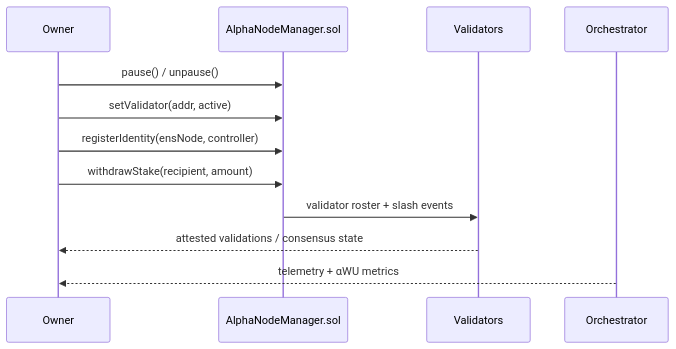
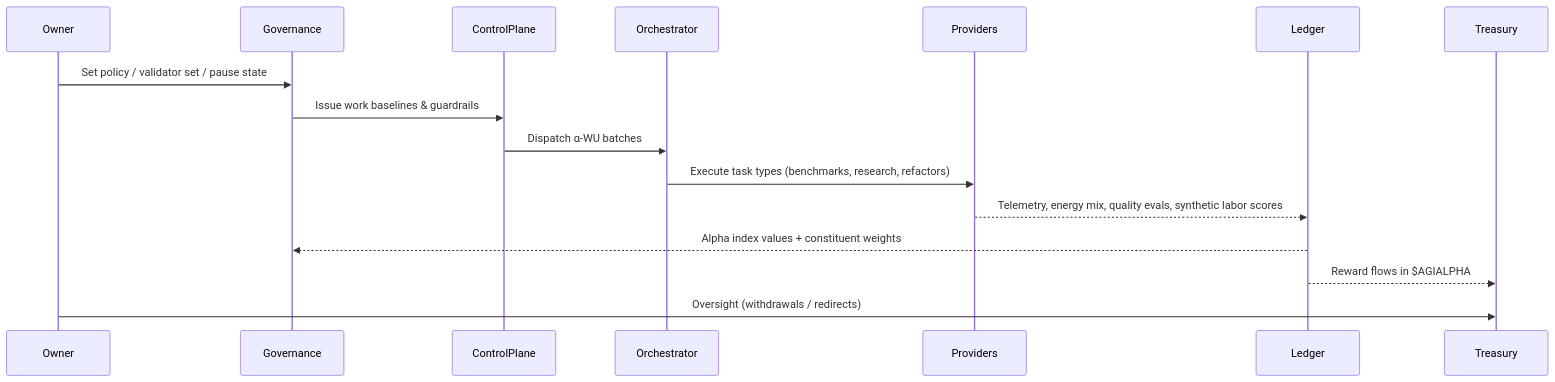
Before and after one commit to MontrealAI/AGI-Alpha-Node-v0: the second of 2 diagrams in README.md, drawn with Mermaid. The commit also changed other lines of this file and 1 other file, not shown here.

Commit message:
Harden tests and refresh AGI Alpha README

````diff
--- a/README.md
+++ b/README.md
@@ -200,15 +52,19 @@
 ```mermaid
 sequenceDiagram
   participant Owner
-  participant AlphaNodeManager.sol
-  participant Validators
+  participant Governance
+  participant ControlPlane
   participant Orchestrator
+  participant Providers
+  participant Ledger
+  participant Treasury
 
-  Owner->>AlphaNodeManager.sol: pause() / unpause()
-  Owner->>AlphaNodeManager.sol: setValidator(addr, active)
-  Owner->>AlphaNodeManager.sol: registerIdentity(ensNode, controller)
-  Owner->>AlphaNodeManager.sol: withdrawStake(recipient, amount)
-  AlphaNodeManager.sol->>Validators: validator roster + slash events
-  Validators-->>Owner: attested validations / consensus state
-  Orchestrator-->>Owner: telemetry + αWU metrics
+  Owner->>Governance: Set policy / validator set / pause state
+  Governance->>ControlPlane: Issue work baselines & guardrails
+  ControlPlane->>Orchestrator: Dispatch α‑WU batches
+  Orchestrator->>Providers: Execute task types (benchmarks, research, refactors)
+  Providers-->>Ledger: Telemetry, energy mix, quality evals, synthetic labor scores
+  Ledger-->>Governance: Alpha index values + constituent weights
+  Ledger-->>Treasury: Reward flows in $AGIALPHA
+  Owner->>Treasury: Oversight (withdrawals / redirects)
 ```
````
